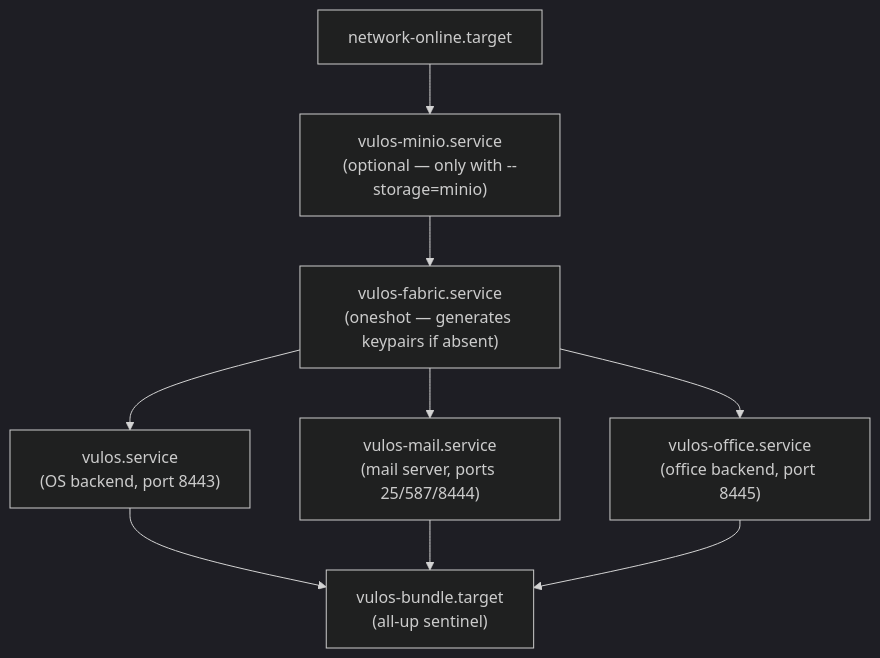
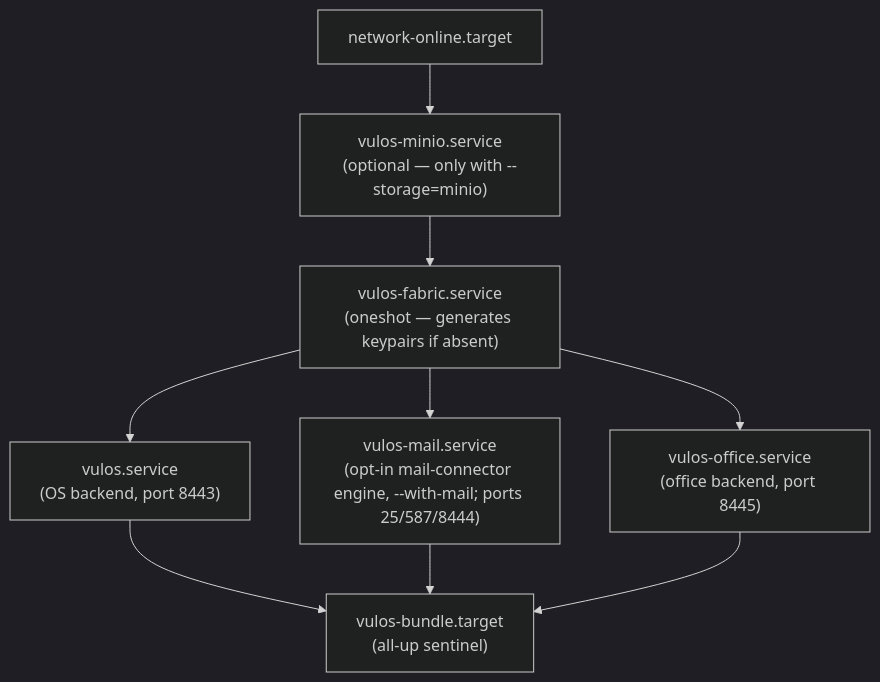
The diagram in docs/SELF-HOST-BUNDLE.md (vul-os/vulos), drawn with Mermaid (dark theme) before and after one commit. The commit also changed 2 other files, not shown here.

Commit message:
docs: reframe Vulos Mail from product to connector in suite lineups
Mail is a connector (bring your own Gmail/Outlook/IMAP), not a product.
The product lineup is OS/Office/Talk/Meet/Board/Workspace/Relay. Removed
"Vulos Mail" product entries from the Part-of-VulOS lists, added the Board
product where it was missing, and relabeled the legitimate mail references
(lilmail IMAP/SMTP connector client, @vulos/mail-ui inbox surface,
CalDAV/CardDAV) from "product" to "connector". Docs/markdown only.

````diff
--- a/docs/SELF-HOST-BUNDLE.md
+++ b/docs/SELF-HOST-BUNDLE.md
@@ -222,18 +222,18 @@
 ```mermaid
 flowchart TD
     Net["network-online.target"]
     Minio["vulos-minio.service<br/>(optional — only with --storage=minio)"]
     Fabric["vulos-fabric.service<br/>(oneshot — generates keypairs if absent)"]
     OS["vulos.service<br/>(OS backend, port 8443)"]
-    Mail["vulos-mail.service<br/>(mail server, ports 25/587/8444)"]
+    Mail["vulos-mail.service<br/>(opt-in mail-connector engine, --with-mail; ports 25/587/8444)"]
     Office["vulos-office.service<br/>(office backend, port 8445)"]
     Bundle["vulos-bundle.target<br/>(all-up sentinel)"]
 
     Net --> Minio --> Fabric
     Fabric --> OS
     Fabric --> Mail
     Fabric --> Office
     OS --> Bundle
     Mail --> Bundle
     Office --> Bundle
 ```
````
